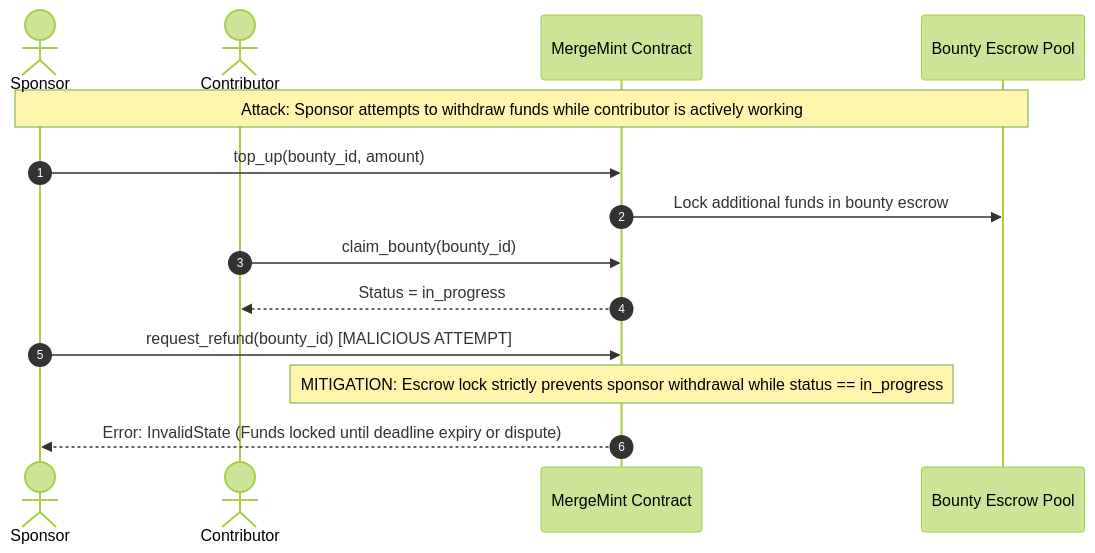
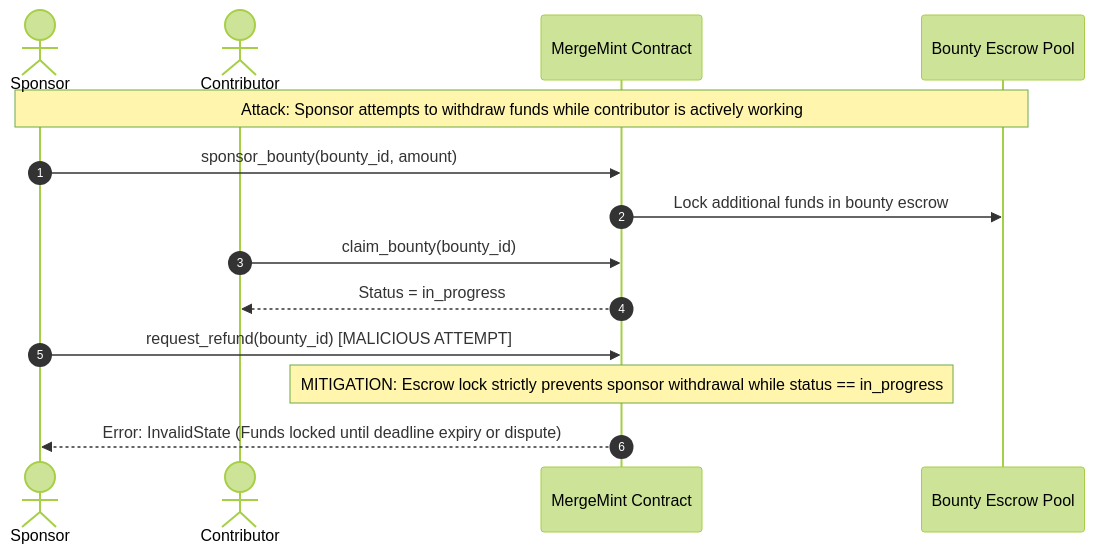
One commit to mergemint-mint/mergemint-contracts changed the second of 4 diagrams in docs/threat-model.md. Above: the diagram before and after it, drawn with Mermaid (forest theme). The commit also changed other lines of this file and 66 other files, not shown here.

````diff
--- a/docs/threat-model.md
+++ b/docs/threat-model.md
@@ -215,17 +215,17 @@
 ```mermaid
 sequenceDiagram
     autonumber
     actor Sponsor
     actor Contributor
     participant Contract as MergeMint Contract
     participant Escrow as Bounty Escrow Pool
 
     Note over Sponsor,Escrow: Attack: Sponsor attempts to withdraw funds while contributor is actively working
-    Sponsor->>Contract: top_up(bounty_id, amount)
+    Sponsor->>Contract: sponsor_bounty(bounty_id, amount)
     Contract->>Escrow: Lock additional funds in bounty escrow
     Contributor->>Contract: claim_bounty(bounty_id)
     Contract-->>Contributor: Status = in_progress
     Sponsor->>Contract: request_refund(bounty_id) [MALICIOUS ATTEMPT]
     Note over Contract: MITIGATION: Escrow lock strictly prevents sponsor withdrawal while status == in_progress
     Contract-->>Sponsor: Error: InvalidState (Funds locked until deadline expiry or dispute)
 ```
````
